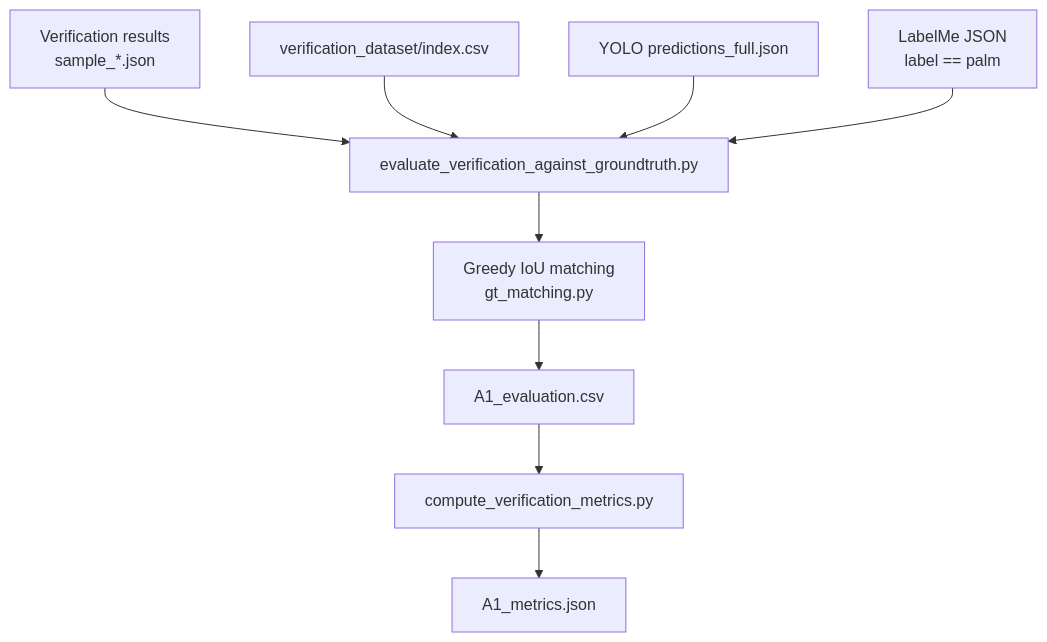
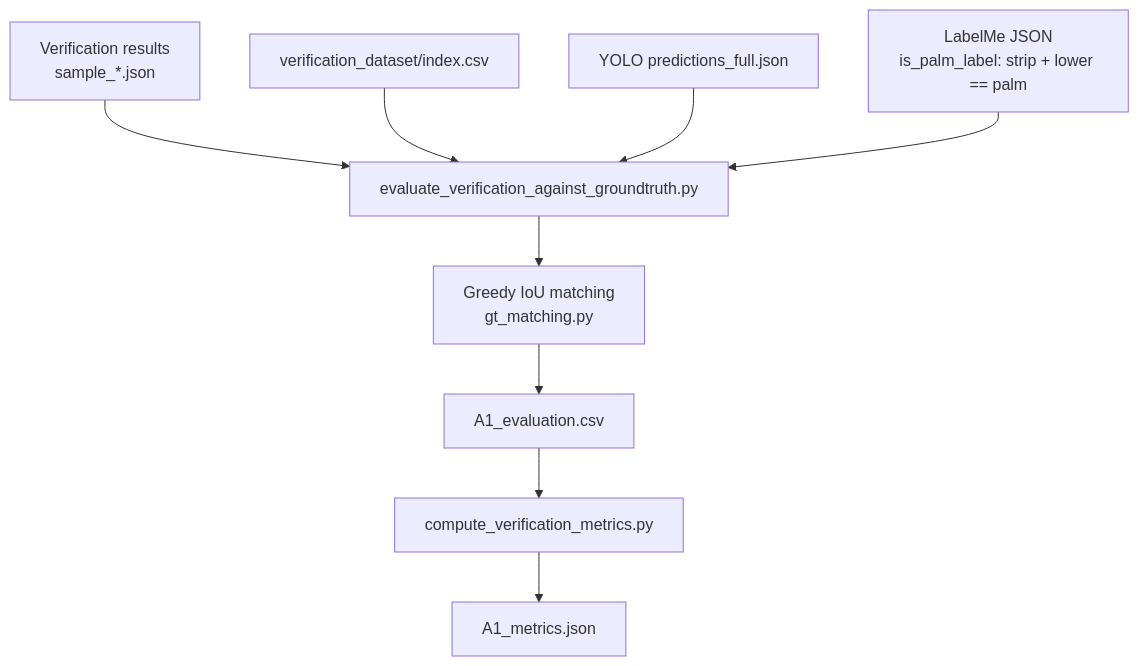
Before and after one commit to AnnieZX/wild-palm-lvm-verification: the fourth of 13 diagrams in docs/ARCHITECTURE.md, drawn with Mermaid. The commit also changed other lines of this file and 68 other files, not shown here.

````diff
--- a/docs/ARCHITECTURE.md
+++ b/docs/ARCHITECTURE.md
@@ -143,22 +143,22 @@
 ```mermaid
 graph TD
     RES[Verification results<br/>sample_*.json]
     IDX[verification_dataset/index.csv]
     PRED[YOLO predictions_full.json]
-    GT[LabelMe JSON<br/>label == palm]
+    GT[LabelMe JSON<br/>is_palm_label: strip + lower == palm]
 
     EVAL[evaluate_verification_against_groundtruth.py]
     MATCH[Greedy IoU matching<br/>gt_matching.py]
     CSV[A1_evaluation.csv]
     MET[compute_verification_metrics.py]
     MJSON[A1_metrics.json]
 
     RES --> EVAL
     IDX --> EVAL
     PRED --> EVAL
     GT --> EVAL
     EVAL --> MATCH
     MATCH --> CSV
     CSV --> MET
     MET --> MJSON
 ```
````
